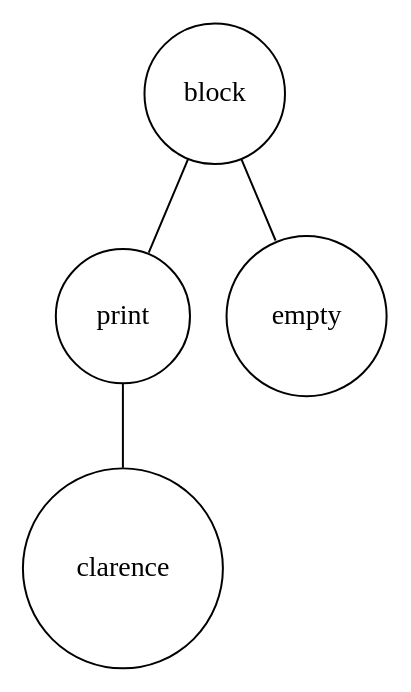
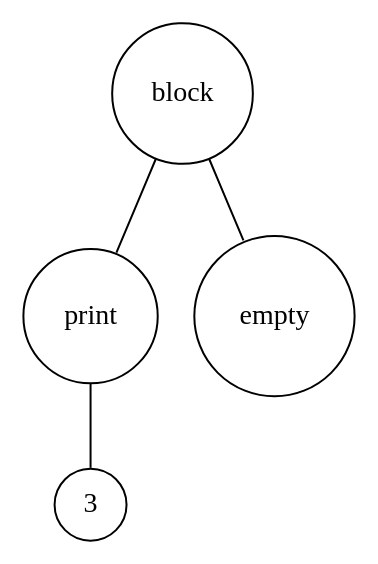
Before and after one commit to Trevodorax/ply-custom-language: the diagram in Digraph.gv, drawn with Graphviz. The commit also changed 3 other files, not shown here.

```diff
--- a/Digraph.gv
+++ b/Digraph.gv
@@ -1,10 +1,10 @@
 digraph {
 	node [shape=circle]
-	"593c3e24-6099-40b4-ab42-921fc6c1ab6e" [label=block]
-	"f6bea856-1e49-47ec-81c2-f401a5e0cafd" [label=print]
-	"4948dee7-8438-4819-9962-4819783354bc" [label=clarence]
-	"f6bea856-1e49-47ec-81c2-f401a5e0cafd" -> "4948dee7-8438-4819-9962-4819783354bc" [arrowsize=0]
-	"593c3e24-6099-40b4-ab42-921fc6c1ab6e" -> "f6bea856-1e49-47ec-81c2-f401a5e0cafd" [arrowsize=0]
-	"8246af11-8377-43c7-878b-e5eb6124f1b1" [label=empty]
-	"593c3e24-6099-40b4-ab42-921fc6c1ab6e" -> "8246af11-8377-43c7-878b-e5eb6124f1b1" [arrowsize=0]
+	"4e4db95b-7029-40fd-8544-18a794bd2bc8" [label=block]
+	"1fcdddfc-1489-4d57-a51d-ae230e3a4945" [label=print]
+	"c2606924-b523-49e3-9267-8a8d07235745" [label=3]
+	"1fcdddfc-1489-4d57-a51d-ae230e3a4945" -> "c2606924-b523-49e3-9267-8a8d07235745" [arrowsize=0]
+	"4e4db95b-7029-40fd-8544-18a794bd2bc8" -> "1fcdddfc-1489-4d57-a51d-ae230e3a4945" [arrowsize=0]
+	"956edbc9-f0cc-46cb-9133-56ef2b378e04" [label=empty]
+	"4e4db95b-7029-40fd-8544-18a794bd2bc8" -> "956edbc9-f0cc-46cb-9133-56ef2b378e04" [arrowsize=0]
 }
```
